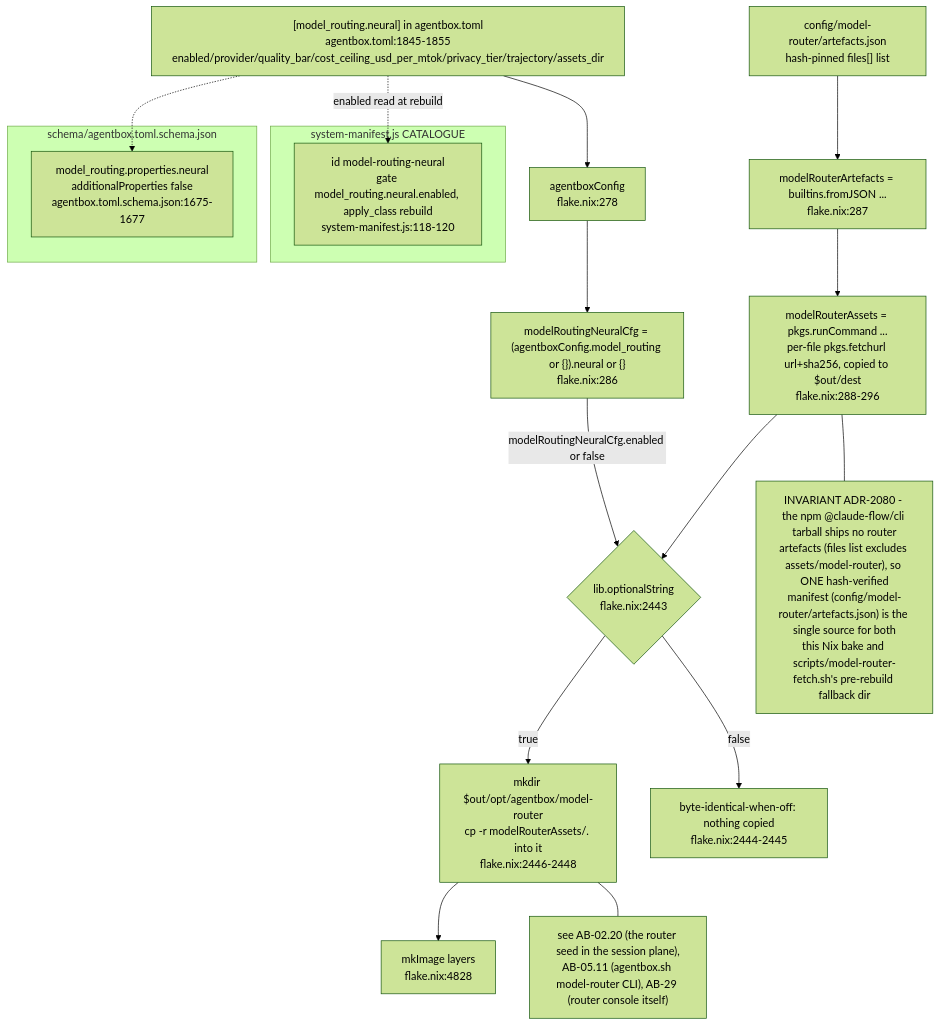
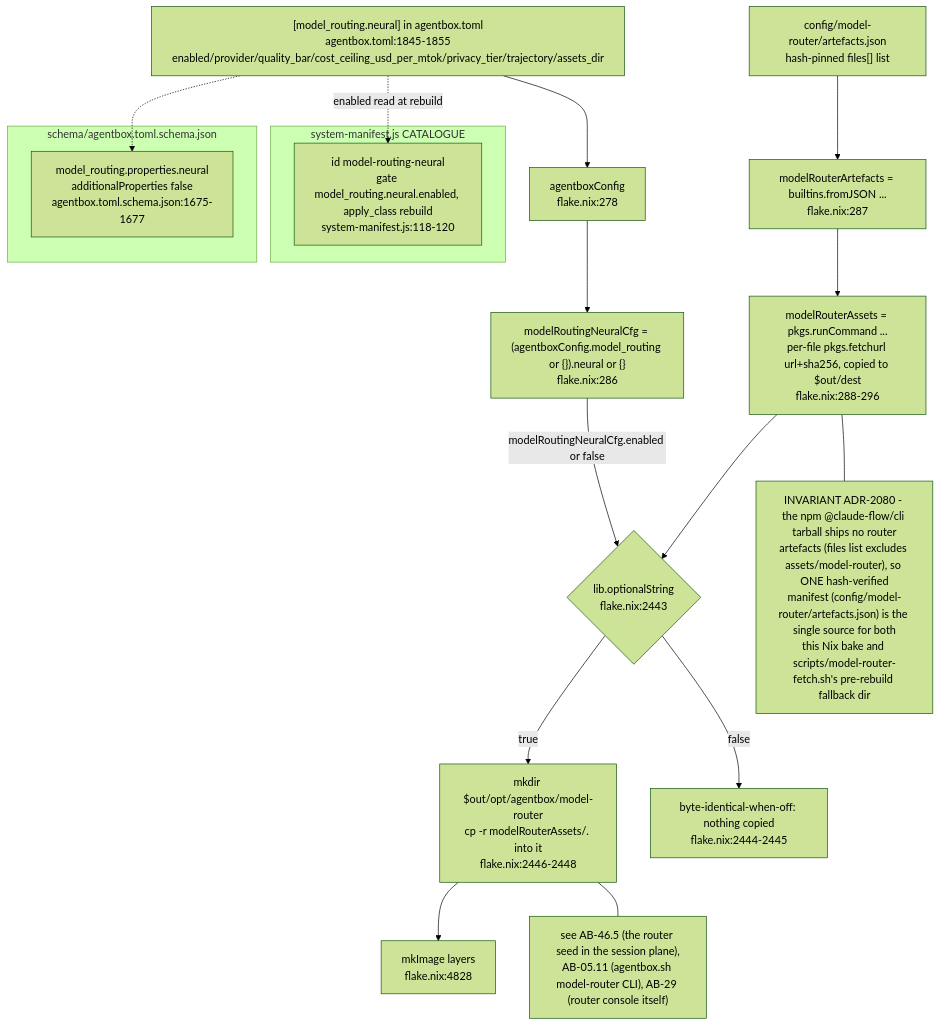
Before and after one commit to DreamLab-AI/VisionFlow: the tenth of 10 diagrams in docs/diagrams/agentbox/01-nix-flake-composition.md, drawn with Mermaid (forest theme). The commit also changed 6 other files, not shown here.

First line of the commit message:
docs(diagrams): split AB-02 boot sequence into AB-02, AB-45 and AB-46

````diff
--- a/docs/diagrams/agentbox/01-nix-flake-composition.md
+++ b/docs/diagrams/agentbox/01-nix-flake-composition.md
@@ -481,29 +481,29 @@
 ```mermaid
 flowchart TB
     TOML2["[model_routing.neural] in agentbox.toml<br/>agentbox.toml:1845-1855<br/>enabled/provider/quality_bar/cost_ceiling_usd_per_mtok/privacy_tier/trajectory/assets_dir"] --> CFG2["agentboxConfig<br/>flake.nix:278"]
     CFG2 --> MRNCFG["modelRoutingNeuralCfg = (agentboxConfig.model_routing or {}).neural or {}<br/>flake.nix:286"]
     ARTJSON["config/model-router/artefacts.json<br/>hash-pinned files[] list"] --> MRNFETCH["modelRouterArtefacts = builtins.fromJSON ...<br/>flake.nix:287"]
     MRNFETCH --> MRNASSETS["modelRouterAssets = pkgs.runCommand ...<br/>per-file pkgs.fetchurl url+sha256, copied to $out/dest<br/>flake.nix:288-296"]
 
     MRNCFG -->|"modelRoutingNeuralCfg.enabled or false"| GATE{"lib.optionalString<br/>flake.nix:2443"}
     MRNASSETS --> GATE
     GATE -->|true| BAKE["mkdir $out/opt/agentbox/model-router<br/>cp -r modelRouterAssets/. into it<br/>flake.nix:2446-2448"]
     GATE -->|false| SKIP["byte-identical-when-off: nothing copied<br/>flake.nix:2444-2445"]
     BAKE --> ALLPKG2["mkImage layers<br/>flake.nix:4828"]
 
     subgraph MANIFEST2["system-manifest.js CATALOGUE"]
         MRNENTRY["id model-routing-neural<br/>gate model_routing.neural.enabled, apply_class rebuild<br/>system-manifest.js:118-120"]
     end
     TOML2 -.->|"enabled read at rebuild"| MRNENTRY
 
     subgraph SCHEMA2["schema/agentbox.toml.schema.json"]
         NEURALSCHEMA["model_routing.properties.neural<br/>additionalProperties false<br/>agentbox.toml.schema.json:1675-1677"]
     end
     TOML2 -.-> NEURALSCHEMA
 
     NOTE1["INVARIANT ADR-2080 - the npm @claude-flow/cli tarball ships no router<br/>artefacts (files list excludes assets/model-router), so ONE hash-verified<br/>manifest (config/model-router/artefacts.json) is the single source for both<br/>this Nix bake and scripts/model-router-fetch.sh's pre-rebuild fallback dir"]
     MRNASSETS --- NOTE1
 
-    NOTE2["see AB-02.20 (the router seed in the session plane),<br/>AB-05.11 (agentbox.sh model-router CLI), AB-29 (router console itself)"]
+    NOTE2["see AB-46.5 (the router seed in the session plane),<br/>AB-05.11 (agentbox.sh model-router CLI), AB-29 (router console itself)"]
     BAKE --- NOTE2
 ```
````
